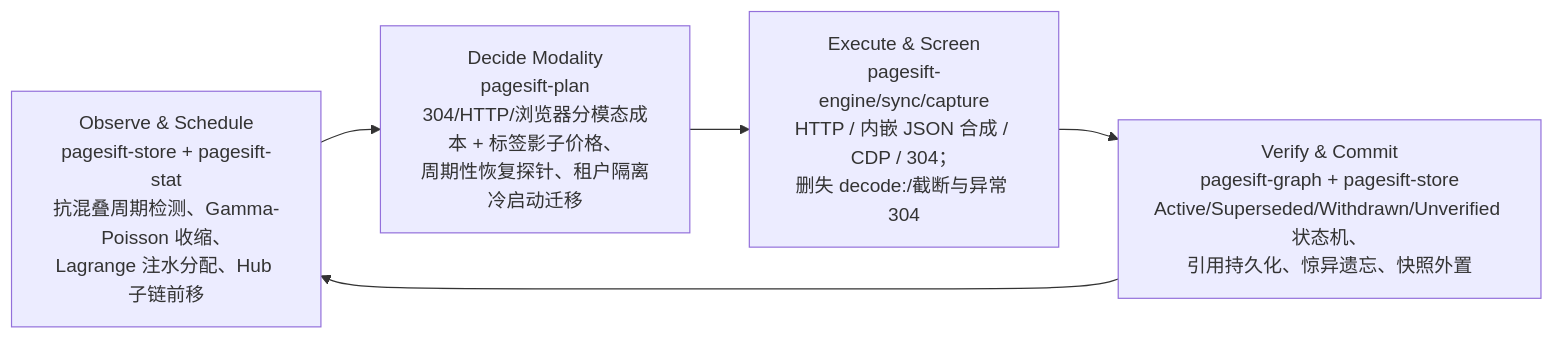
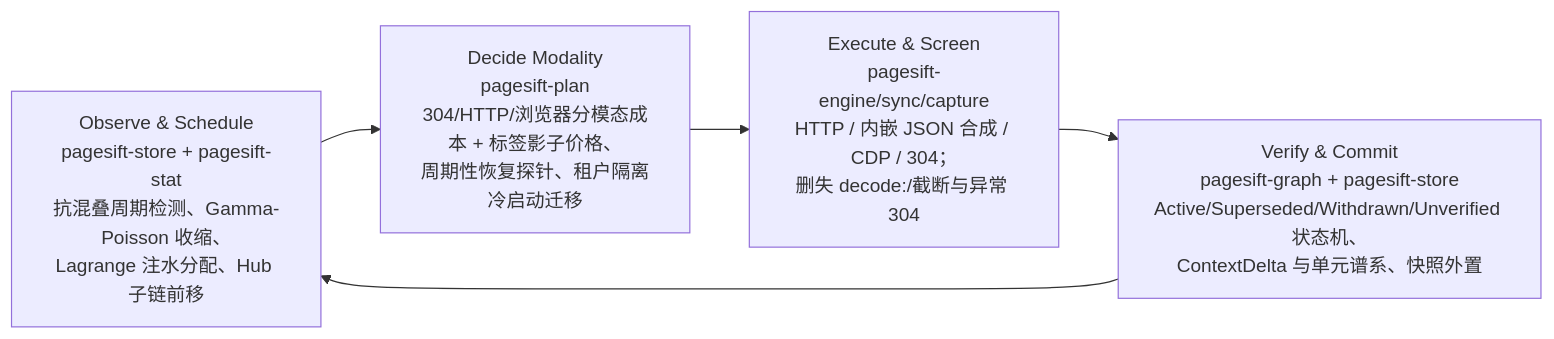
Before and after one commit to YOLOW92/pagesift: the second of 4 diagrams in docs/README.zh-CN.md, drawn with Mermaid. The commit also changed other lines of this file and 167 other files, not shown here.

````diff
--- a/docs/README.zh-CN.md
+++ b/docs/README.zh-CN.md
@@ -176,9 +185,9 @@
 ```mermaid
 flowchart LR
     Obs["Observe & Schedule<br/>pagesift-store + pagesift-stat<br/>抗混叠周期检测、Gamma-Poisson 收缩、<br/>Lagrange 注水分配、Hub 子链前移"]
     Dec["Decide Modality<br/>pagesift-plan<br/>304/HTTP/浏览器分模态成本 + 标签影子价格、<br/>周期性恢复探针、租户隔离冷启动迁移"]
     Exe["Execute & Screen<br/>pagesift-engine/sync/capture<br/>HTTP / 内嵌 JSON 合成 / CDP / 304；<br/>删失 decode:/截断与异常 304"]
-    Ver["Verify & Commit<br/>pagesift-graph + pagesift-store<br/>Active/Superseded/Withdrawn/Unverified 状态机、<br/>引用持久化、惊异遗忘、快照外置"]
+    Ver["Verify & Commit<br/>pagesift-graph + pagesift-store<br/>Active/Superseded/Withdrawn/Unverified 状态机、<br/>ContextDelta 与单元谱系、快照外置"]
 
     Obs --> Dec --> Exe --> Ver --> Obs
 ```
````
